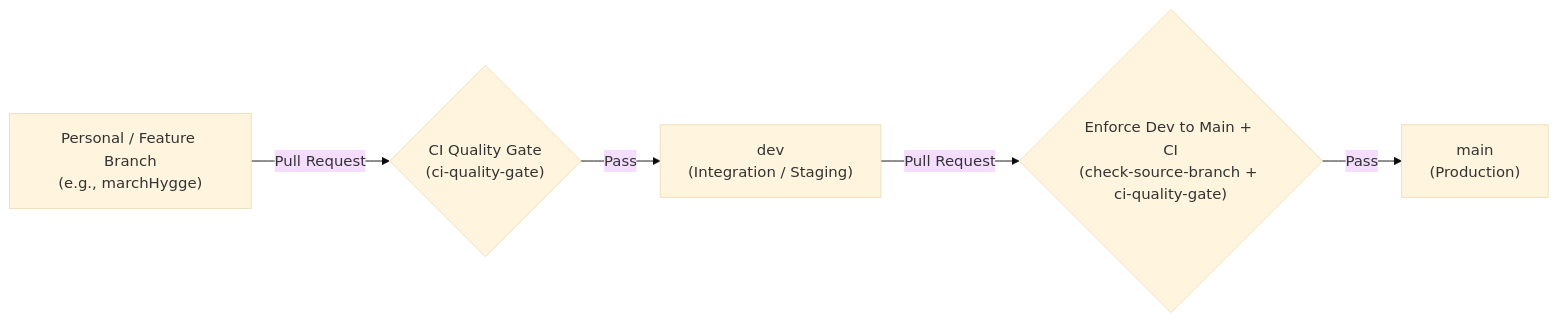
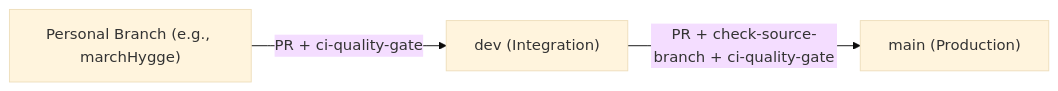
Before and after one commit to marchhygge/kafka-banking-digital-twin: the second of 2 diagrams in README.md, drawn with Mermaid (base theme). The commit also changed other lines of this file and 1 other file, not shown here.

Commit message:
marchHygge add gitignore,docs folder & update readme file

````diff
--- a/README.md
+++ b/README.md
@@ -11,7 +66,5 @@
 ```mermaid
 flowchart LR
-    A["Personal / Feature Branch<br/>(e.g., marchHygge)"] -->|"Pull Request"| G1{"CI Quality Gate<br/>(ci-quality-gate)"}
-    G1 -->|"Pass"| B["dev<br/>(Integration / Staging)"]
-    B -->|"Pull Request"| G2{"Enforce Dev to Main + CI<br/>(check-source-branch + ci-quality-gate)"}
-    G2 -->|"Pass"| C["main<br/>(Production)"]
+    A["Personal Branch (e.g., marchHygge)"] -->|"PR + ci-quality-gate"| B["dev (Integration)"]
+    B -->|"PR + check-source-branch + ci-quality-gate"| C["main (Production)"]
 ```
````
